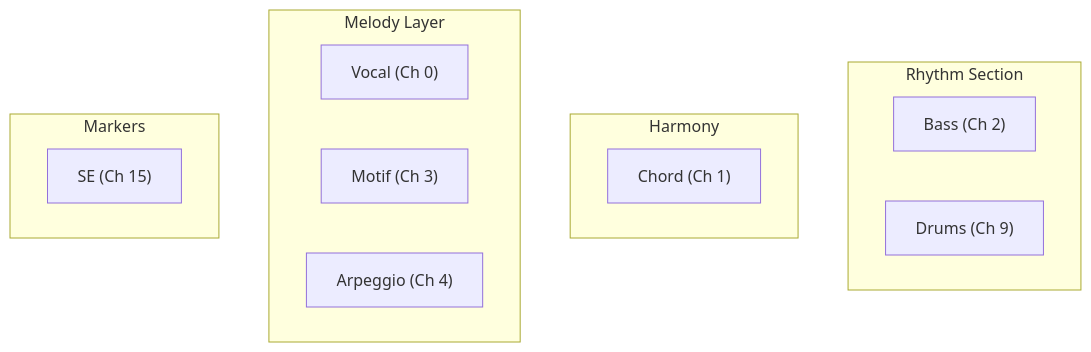
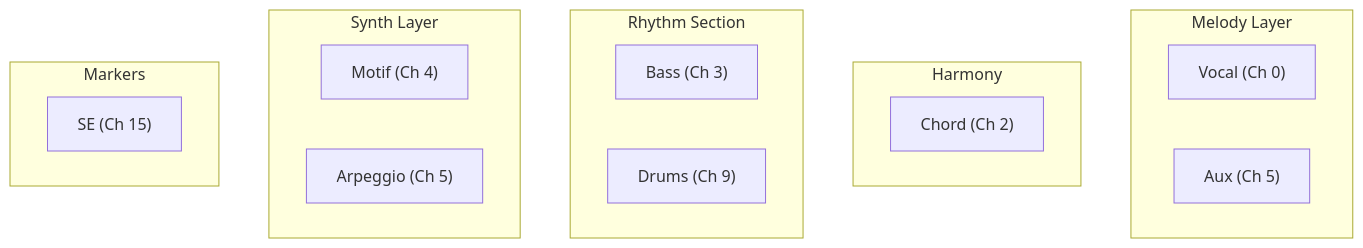
Before and after one commit to libraz/midi-sketch-homepage: the first of 7 diagrams in docs/track-generators.md, drawn with Mermaid. The commit also changed other lines of this file and 25 other files, not shown here.

First line of the commit message:
Update vocal system with melody templates and new Aux track

````diff
--- a/docs/track-generators.md
+++ b/docs/track-generators.md
@@ -7,21 +9,25 @@
 ```mermaid
 flowchart TB
+    subgraph Melody ["Melody Layer"]
+        Vocal["Vocal (Ch 0)"]
+        Aux["Aux (Ch 5)"]
+    end
+
+    subgraph Harmony ["Harmony"]
+        Chord["Chord (Ch 2)"]
+    end
+
     subgraph Rhythm ["Rhythm Section"]
-        Bass["Bass (Ch 2)"]
+        Bass["Bass (Ch 3)"]
         Drums["Drums (Ch 9)"]
     end
 
-    subgraph Harmony ["Harmony"]
-        Chord["Chord (Ch 1)"]
-    end
-
-    subgraph Melody ["Melody Layer"]
-        Vocal["Vocal (Ch 0)"]
-        Motif["Motif (Ch 3)"]
-        Arpeggio["Arpeggio (Ch 4)"]
+    subgraph Synth ["Synth Layer"]
+        Motif["Motif (Ch 4)"]
+        Arpeggio["Arpeggio (Ch 5)"]
     end
 
     subgraph Markers ["Markers"]
         SE["SE (Ch 15)"]
     end
 ```
````
